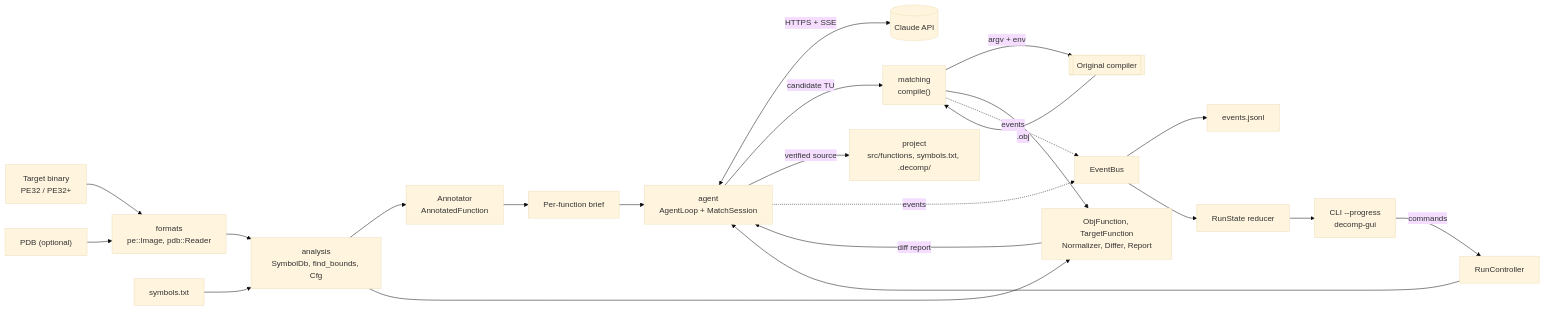
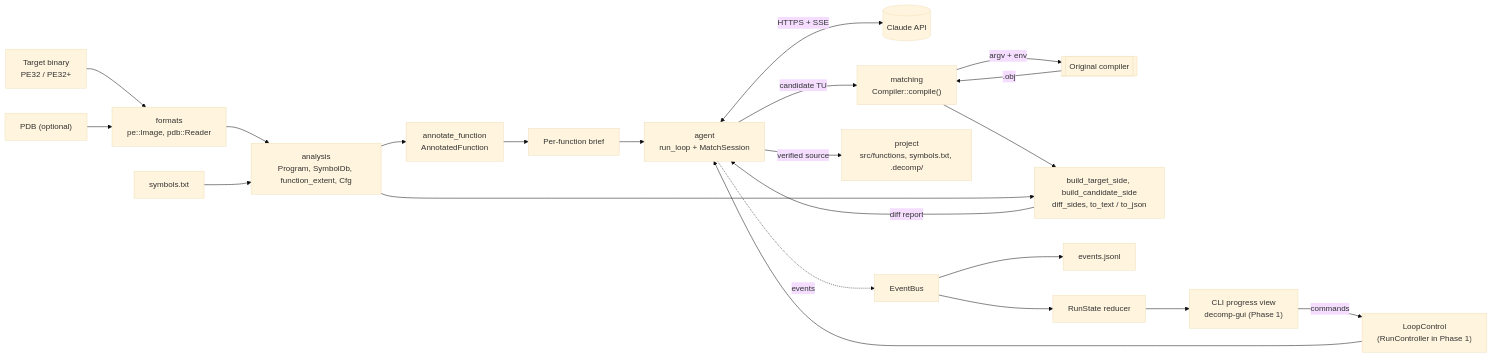
One commit to Bar3b0n3s/Decomp changed the diagram in docs/architecture.md. Above: the diagram before and after it, drawn with Mermaid (base theme). The commit also changed other lines of this file and 6 other files, not shown here.

````diff
--- a/docs/architecture.md
+++ b/docs/architecture.md
@@ -70,25 +70,24 @@
 ```mermaid
 flowchart LR
     BIN["Target binary<br/>PE32 / PE32+"] --> FMT["formats<br/>pe::Image, pdb::Reader"]
     PDB["PDB (optional)"] --> FMT
-    FMT --> AN["analysis<br/>SymbolDb, find_bounds, Cfg"]
+    FMT --> AN["analysis<br/>Program, SymbolDb, function_extent, Cfg"]
     SYM["symbols.txt"] --> AN
-    AN --> ANN["Annotator<br/>AnnotatedFunction"]
+    AN --> ANN["annotate_function<br/>AnnotatedFunction"]
     ANN --> BRIEF["Per-function brief"]
-    BRIEF --> LOOP["agent<br/>AgentLoop + MatchSession"]
+    BRIEF --> LOOP["agent<br/>run_loop + MatchSession"]
     LOOP <-->|"HTTPS + SSE"| API[("Claude API")]
-    LOOP -->|"candidate TU"| CMP["matching<br/>compile()"]
+    LOOP -->|"candidate TU"| CMP["matching<br/>Compiler::compile()"]
     CMP -->|"argv + env"| CC[["Original compiler"]]
     CC -->|".obj"| CMP
-    CMP --> DIFF["ObjFunction, TargetFunction<br/>Normalizer, Differ, Report"]
+    CMP --> DIFF["build_target_side, build_candidate_side<br/>diff_sides, to_text / to_json"]
     AN --> DIFF
     DIFF -->|"diff report"| LOOP
     LOOP -->|"verified source"| PRJ["project<br/>src/functions, symbols.txt, .decomp/"]
     LOOP -. events .-> BUS["EventBus"]
-    CMP -. events .-> BUS
     BUS --> LOG["events.jsonl"]
     BUS --> RS["RunState reducer"]
-    RS --> VIEWS["CLI --progress<br/>decomp-gui"]
-    VIEWS -->|"commands"| RC["RunController"]
+    RS --> VIEWS["CLI progress view<br/>decomp-gui (Phase 1)"]
+    VIEWS -->|"commands"| RC["LoopControl<br/>(RunController in Phase 1)"]
     RC --> LOOP
 ```
````
